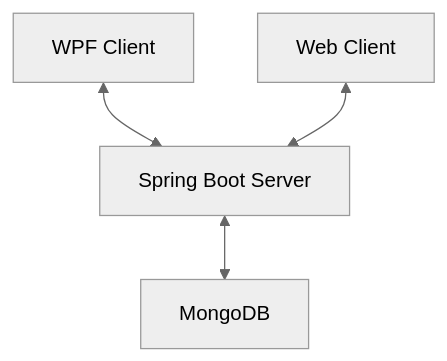
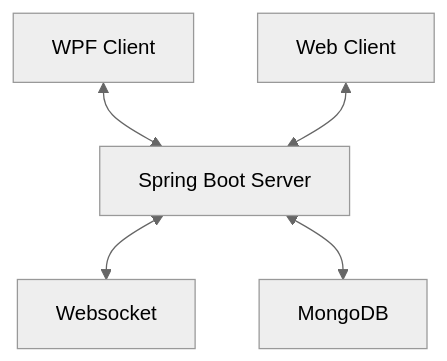
One commit to sebastiankrallinger/4POS_Semesterprojekt changed the first of 3 diagrams in README.md. Above: the diagram before and after it, drawn with Mermaid (neutral theme). The commit also changed other lines of this file and 11 other files, not shown here.

````diff
--- a/README.md
+++ b/README.md
@@ -8,6 +8,7 @@
 ```mermaid
 graph TD;
   A[WPF Client] <--> C[Spring Boot Server];
   B[Web Client] <--> C[Spring Boot Server];
+  C[Spring Boot Server] <--> E[Websocket];
   C[Spring Boot Server] <--> D[MongoDB];
 ```
````
